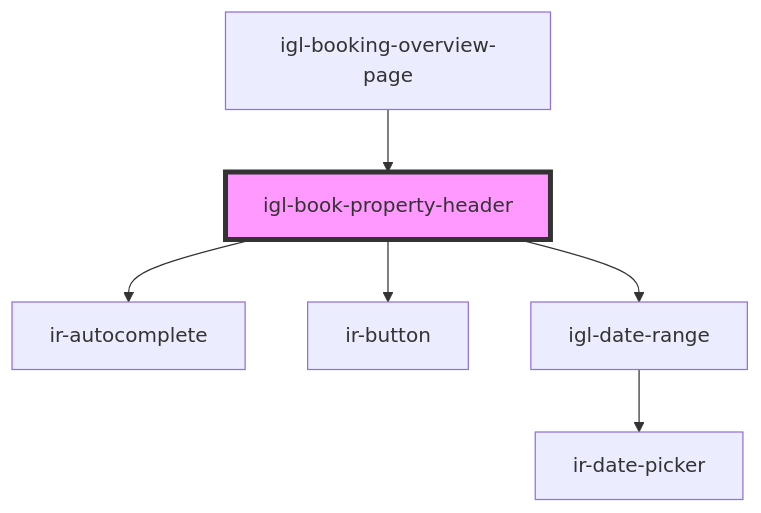
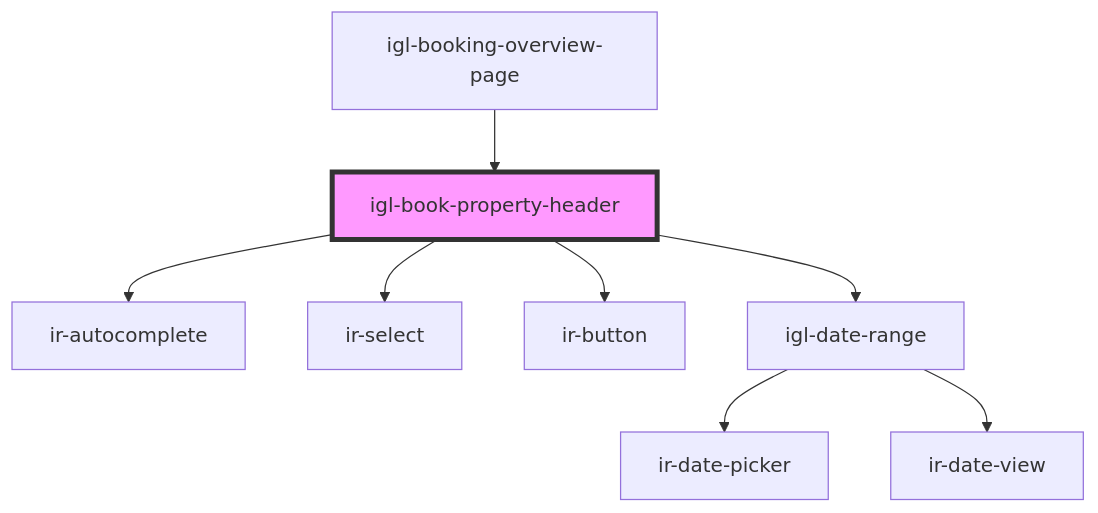
The diagram in src/components/igloo-calendar/igl-book-property/igl-book-property-header/readme.md (David1Chowaifaty/modified-ir-webcmp), drawn with Mermaid before and after one commit. The commit also changed other lines of this file and 47 other files, not shown here.

````diff
--- a/src/components/igloo-calendar/igl-book-property/igl-book-property-header/readme.md
+++ b/src/components/igloo-calendar/igl-book-property/igl-book-property-header/readme.md
@@ -55,9 +57,11 @@
 ```mermaid
 graph TD;
   igl-book-property-header --> ir-autocomplete
+  igl-book-property-header --> ir-select
   igl-book-property-header --> ir-button
   igl-book-property-header --> igl-date-range
   igl-date-range --> ir-date-picker
+  igl-date-range --> ir-date-view
   igl-booking-overview-page --> igl-book-property-header
   style igl-book-property-header fill:#f9f,stroke:#333,stroke-width:4px
 ```
````
